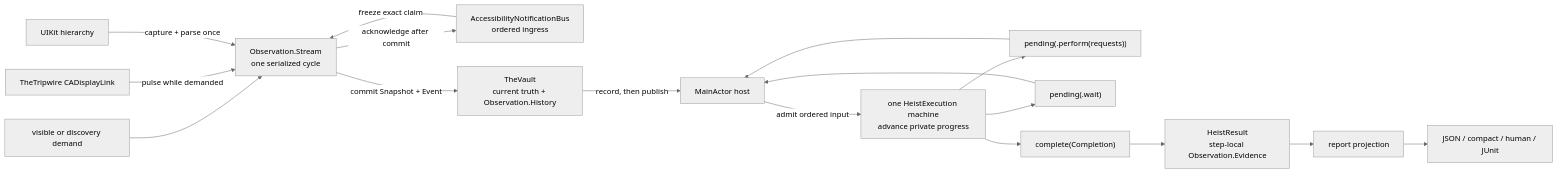
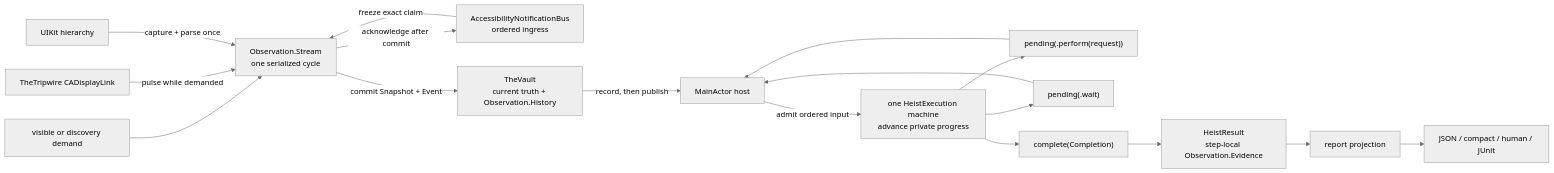
The diagram in docs/diagrams/observation-pipeline.md (RoyalPineapple/TheButtonHeist), drawn with Mermaid (neutral theme) before and after one commit. The commit also changed other lines of this file and 6 other files, not shown here.

````diff
--- a/docs/diagrams/observation-pipeline.md
+++ b/docs/diagrams/observation-pipeline.md
@@ -9,19 +9,19 @@
 ```mermaid
 flowchart LR
     Demand["visible or discovery demand"] --> Stream["Observation.Stream<br/>one serialized cycle"]
     Link["TheTripwire CADisplayLink"] -->|"pulse while demanded"| Stream
     Notice["AccessibilityNotificationBus<br/>ordered ingress"] -->|"freeze exact claim"| Stream
     UIKit["UIKit hierarchy"] -->|"capture + parse once"| Stream
     Stream -->|"commit Snapshot + Event"| Vault["TheVault<br/>current truth + Observation.History"]
     Vault -->|"record, then publish"| Host["MainActor host"]
     Host -->|"admit ordered input"| Machine["one HeistExecution machine<br/>advance private progress"]
-    Machine --> Perform["pending(.perform(requests))"]
+    Machine --> Perform["pending(.perform(request))"]
     Machine --> Wait["pending(.wait)"]
     Machine --> Complete["complete(Completion)"]
     Perform --> Host
     Wait --> Host
     Complete --> Result["HeistResult<br/>step-local Observation.Evidence"]
     Result --> Report["report projection"]
     Report --> Render["JSON / compact / human / JUnit"]
     Stream -->|"acknowledge after commit"| Notice
 ```
````
